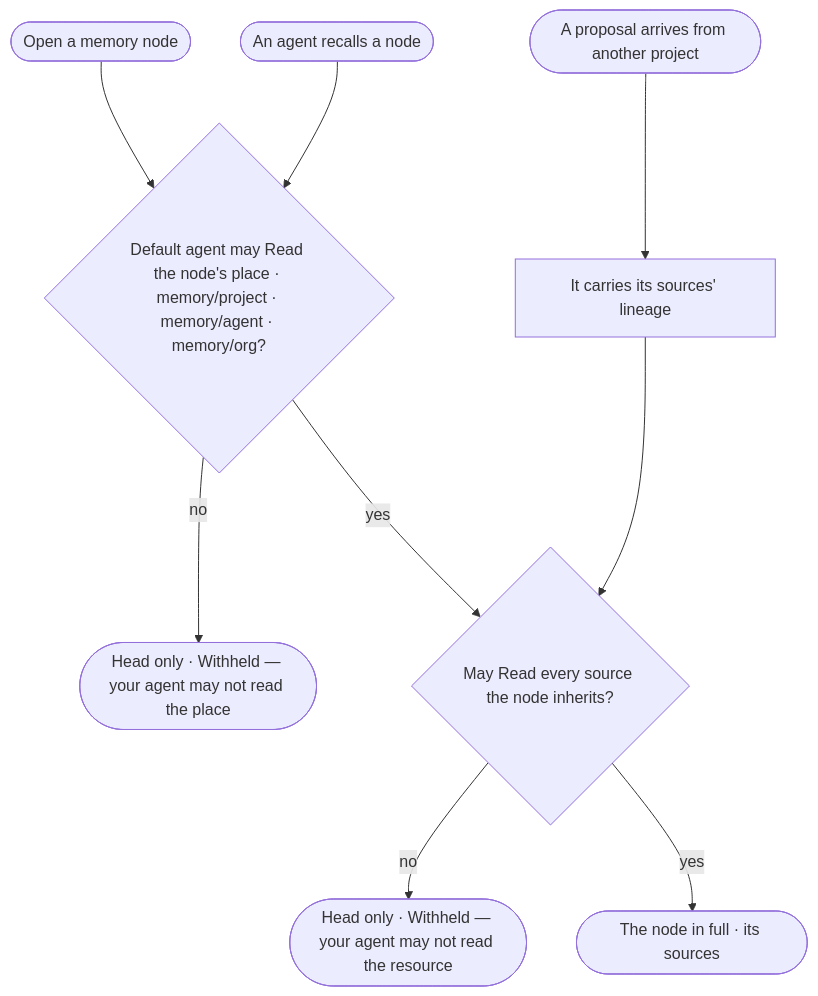
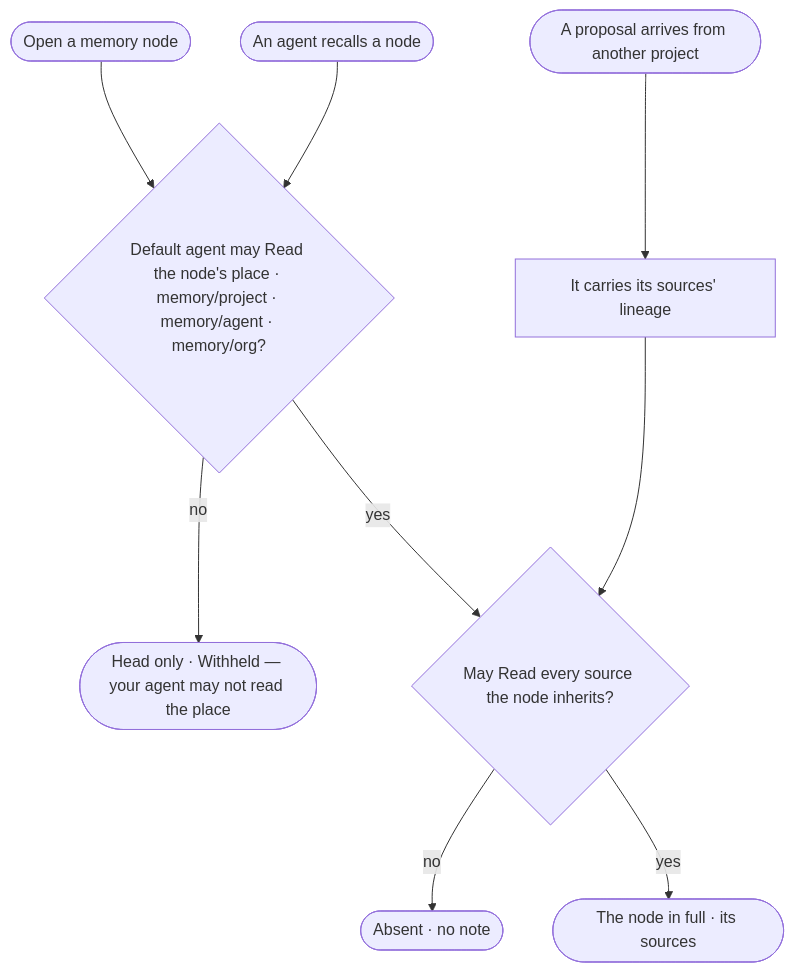
Before and after one commit to invana/invana: the diagram in specs/os/graph/features/GP-F02-memory/stories/GP-07-read-memory-only-as-far-as-its-sources-allow/story.md, drawn with Mermaid. The commit also changed other lines of this file and 69 other files, not shown here.

````diff
--- a/specs/os/graph/features/GP-F02-memory/stories/GP-07-read-memory-only-as-far-as-its-sources-allow/story.md
+++ b/specs/os/graph/features/GP-F02-memory/stories/GP-07-read-memory-only-as-far-as-its-sources-allow/story.md
@@ -30,11 +30,11 @@
 ```mermaid
 flowchart TD
   n([Open a memory node]) --> pl{"Default agent may Read the node's place · memory/project · memory/agent · memory/org?"}
   pl -->|no| h1(["Head only · Withheld — your agent may not read the place"])
   pl -->|yes| sr{"May Read every source the node inherits?"}
-  sr -->|no| h2(["Head only · Withheld — your agent may not read the resource"])
+  sr -->|no| h2(["Absent · no note"])
   sr -->|yes| full(["The node in full · its sources"])
   x([A proposal arrives from another project]) --> cr["It carries its sources' lineage"]
   cr --> sr
   rc([An agent recalls a node]) --> pl
 ```
````
